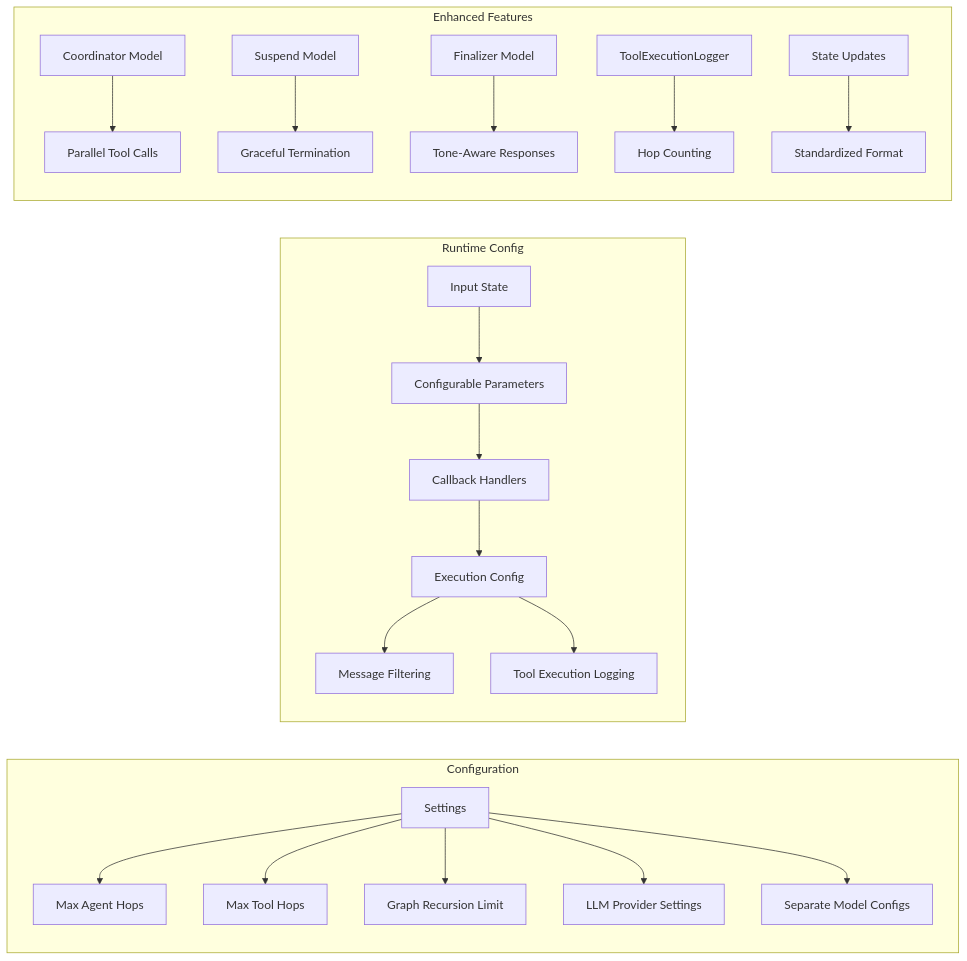
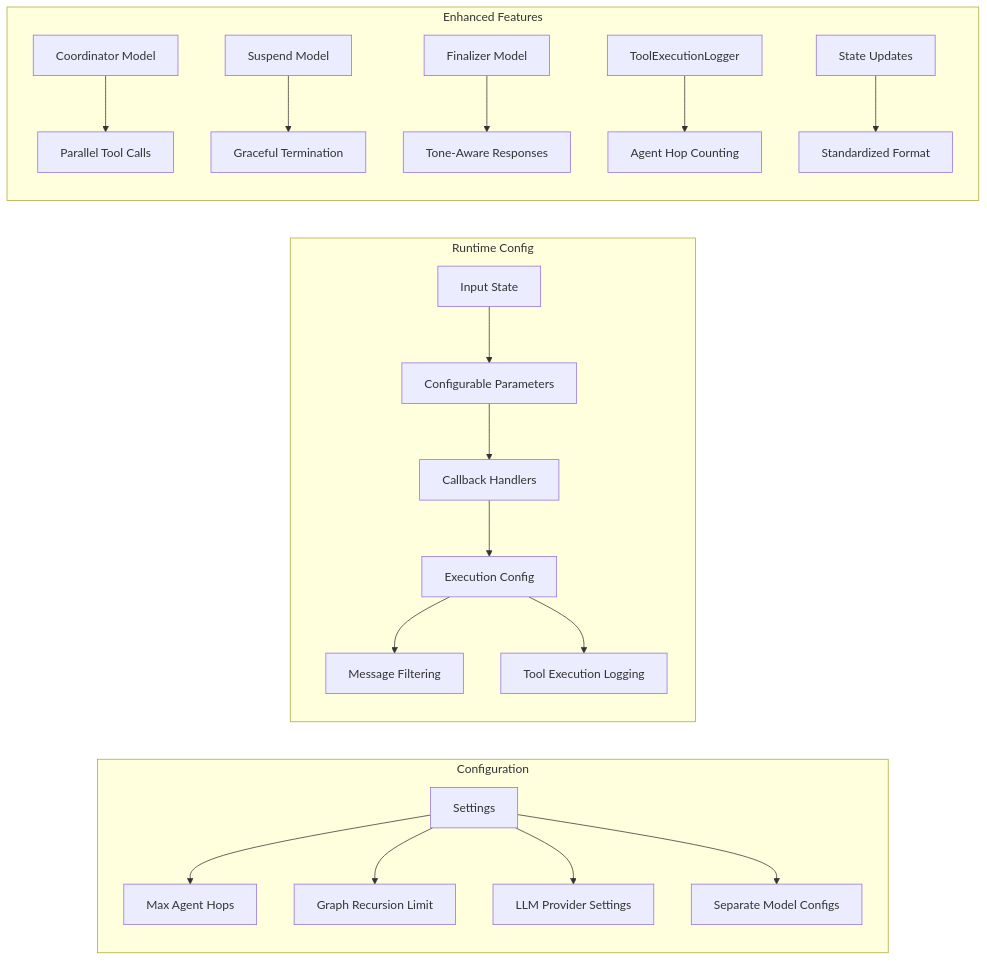
Before and after one commit to jonaskahn/cadence: diagram 19 of 19 in docs/concepts/langgraph-architecture.md, drawn with Mermaid. The commit also changed other lines of this file and 40 other files, not shown here.

First line of the commit message:
refactor: consolidate hop counting to agent_hops only

````diff
--- a/docs/concepts/langgraph-architecture.md
+++ b/docs/concepts/langgraph-architecture.md
@@ -1075,26 +1096,25 @@
 ```mermaid
 graph LR
     subgraph "Configuration"
         A[Settings] --> B[Max Agent Hops]
-        A --> C[Max Tool Hops]
         A --> D[Graph Recursion Limit]
         A --> E[LLM Provider Settings]
         A --> F[Separate Model Configs]
     end
     
     subgraph "Runtime Config"
         G[Input State] --> H[Configurable Parameters]
         H --> I[Callback Handlers]
         I --> J[Execution Config]
         J --> K[Message Filtering]
         J --> L[Tool Execution Logging]
     end
     
     subgraph "Enhanced Features"
         M[Coordinator Model] --> N[Parallel Tool Calls]
         O[Suspend Model] --> P[Graceful Termination]
         Q[Finalizer Model] --> R[Tone-Aware Responses]
-        S[ToolExecutionLogger] --> T[Hop Counting]
+        S[ToolExecutionLogger] --> T[Agent Hop Counting]
         U[State Updates] --> V[Standardized Format]
     end
 ```
````
